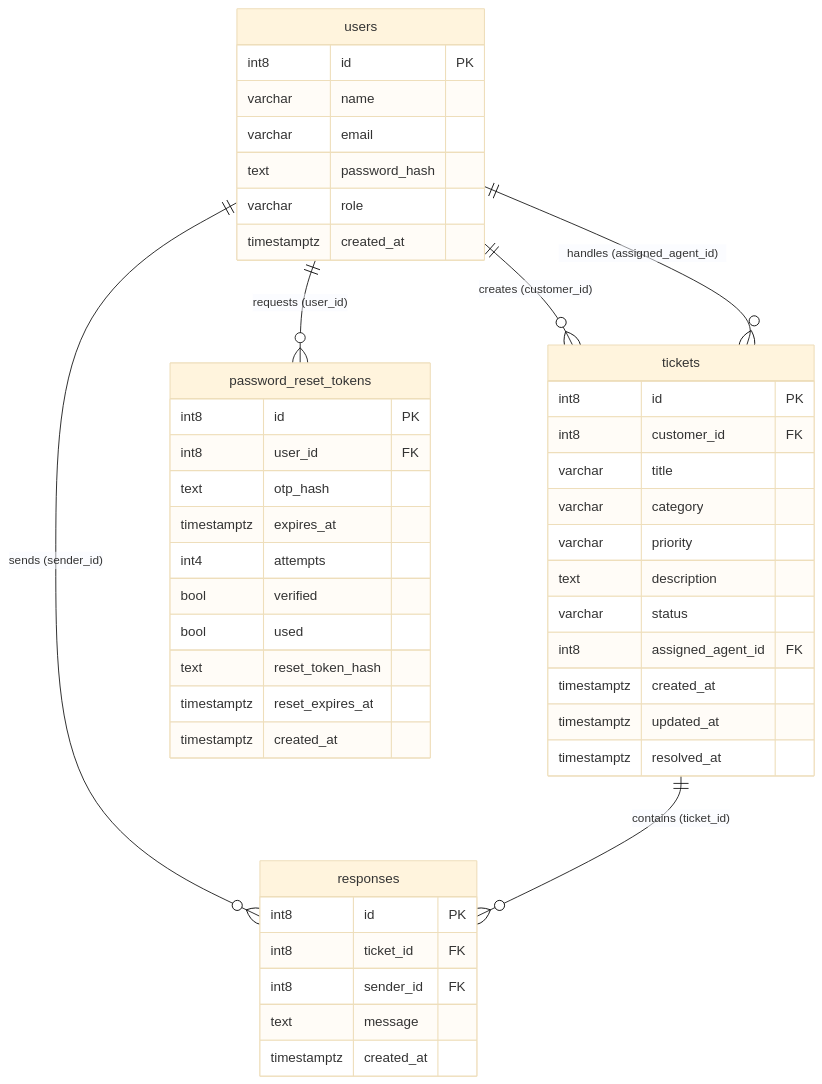
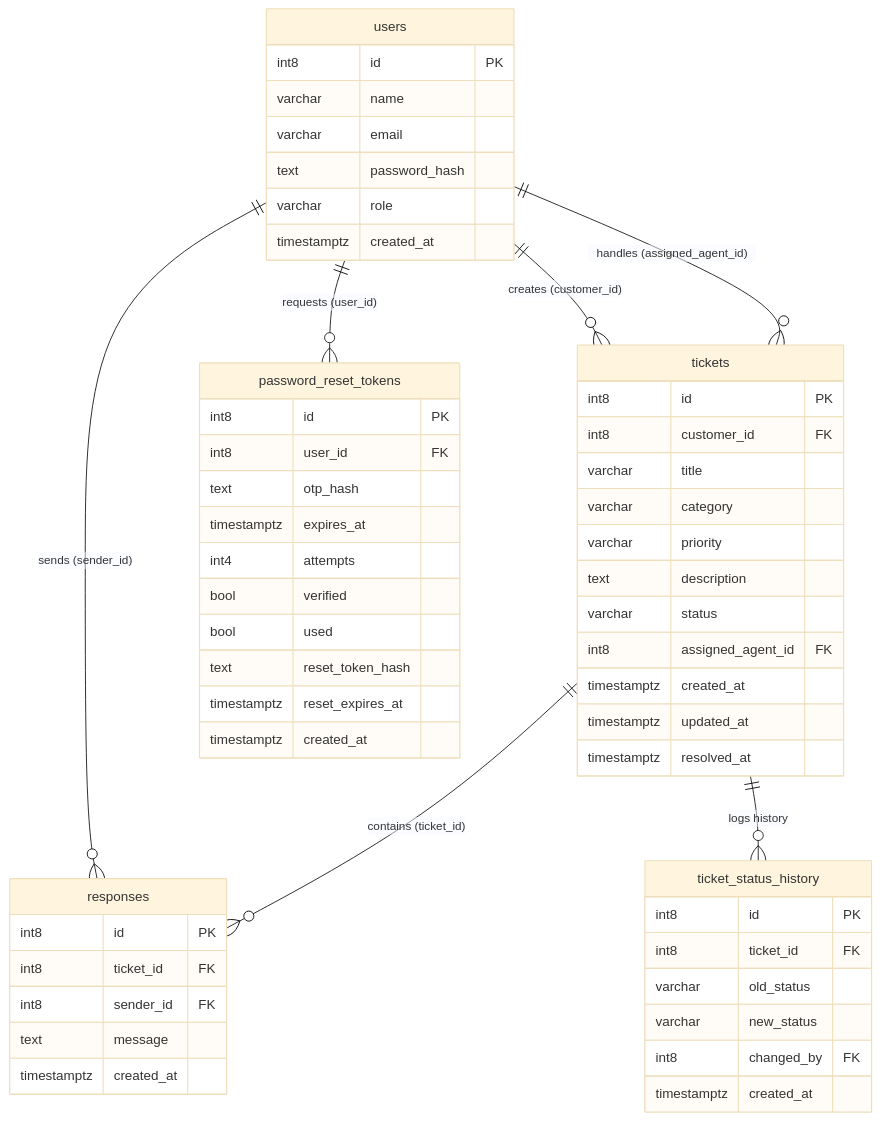
Before and after one commit to viraj3106/Hesk: the third of 3 diagrams in README.md, drawn with Mermaid (base theme). The commit also changed other lines of this file, not shown here.

````diff
--- a/README.md
+++ b/README.md
@@ -103,52 +95,62 @@
 ```mermaid
 erDiagram
     users {
         int8 id PK
         varchar name
         varchar email
         text password_hash
         varchar role
         timestamptz created_at
     }
 
     tickets {
         int8 id PK
         int8 customer_id FK
         varchar title
         varchar category
         varchar priority
         text description
         varchar status
         int8 assigned_agent_id FK
         timestamptz created_at
         timestamptz updated_at
         timestamptz resolved_at
     }
 
     responses {
         int8 id PK
         int8 ticket_id FK
         int8 sender_id FK
         text message
         timestamptz created_at
     }
 
     password_reset_tokens {
         int8 id PK
         int8 user_id FK
         text otp_hash
         timestamptz expires_at
         int4 attempts
         bool verified
         bool used
         text reset_token_hash
         timestamptz reset_expires_at
         timestamptz created_at
     }
 
+    ticket_status_history {
+        int8 id PK
+        int8 ticket_id FK
+        varchar old_status
+        varchar new_status
+        int8 changed_by FK
+        timestamptz created_at
+    }
+
     users ||--o{ tickets : "creates (customer_id)"
     users ||--o{ tickets : "handles (assigned_agent_id)"
     users ||--o{ responses : "sends (sender_id)"
     users ||--o{ password_reset_tokens : "requests (user_id)"
     tickets ||--o{ responses : "contains (ticket_id)"
+    tickets ||--o{ ticket_status_history : "logs history"
 ```
````
